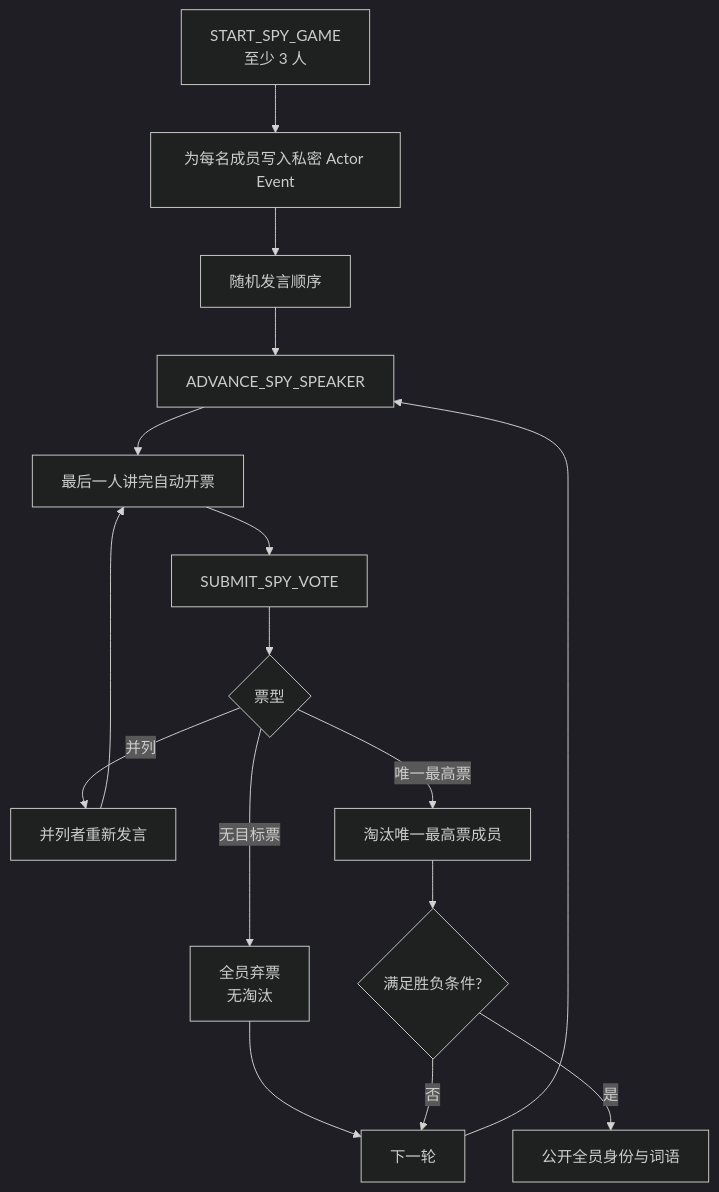
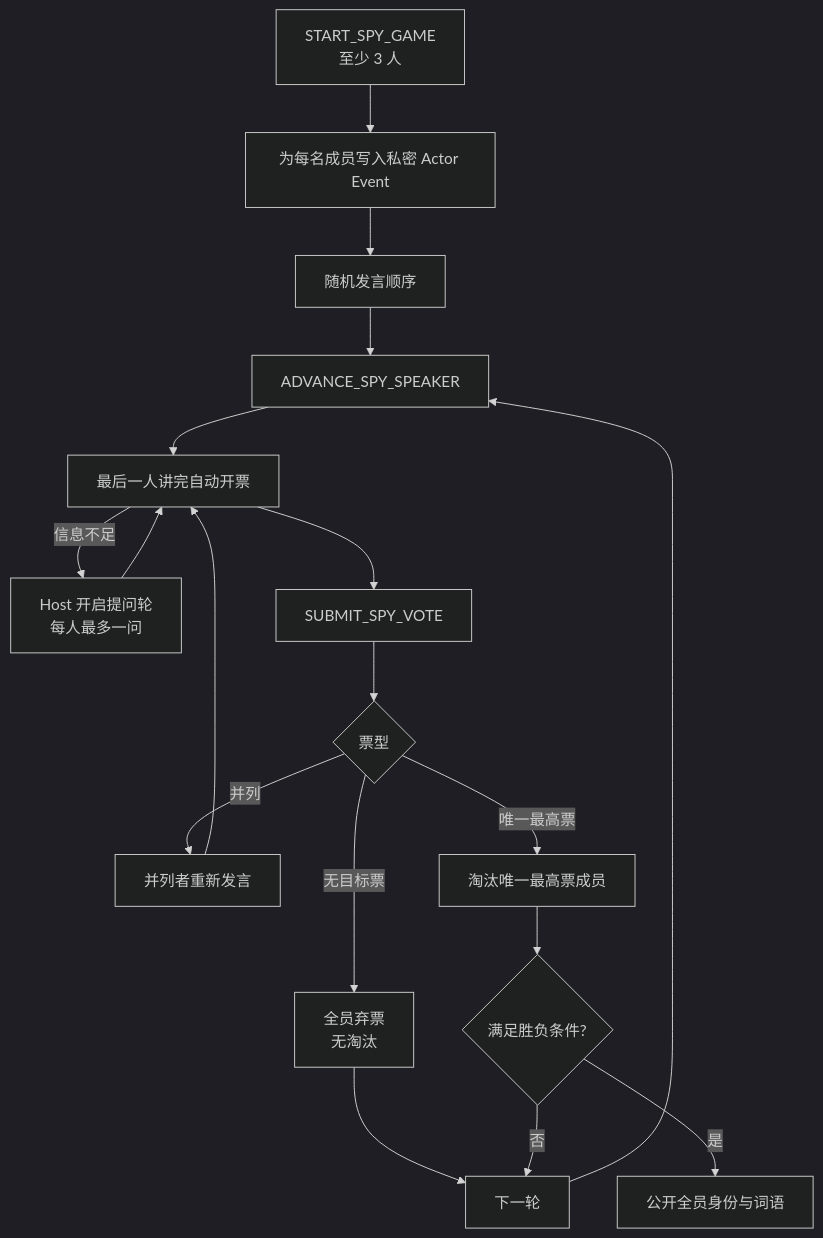
One commit to Bubble-419/cardboard-miniprogram changed diagram 15 of 19 in docs/ROOM_BUSINESS_FLOWS.md. Above: the diagram before and after it, drawn with Mermaid (dark theme). The commit also changed other lines of this file and 15 other files, not shown here.

````diff
--- a/docs/ROOM_BUSINESS_FLOWS.md
+++ b/docs/ROOM_BUSINESS_FLOWS.md
@@ -549,23 +553,25 @@
 ```mermaid
 flowchart TD
   START[START_SPY_GAME<br/>至少 3 人]
   SECRET[为每名成员写入私密 Actor Event]
   ORDER[随机发言顺序]
   SPEAK[ADVANCE_SPY_SPEAKER]
   OPEN[最后一人讲完自动开票]
+  ASK[Host 开启提问轮<br/>每人最多一问]
   SUBMIT[SUBMIT_SPY_VOTE]
   SHAPE{票型}
   TIE[并列者重新发言]
   ABSTAIN[全员弃票<br/>无淘汰]
   ELIM[淘汰唯一最高票成员]
   WIN{满足胜负条件?}
   SETTLED[公开全员身份与词语]
   NEXT[下一轮]
 
   START --> SECRET --> ORDER --> SPEAK --> OPEN --> SUBMIT --> SHAPE
+  OPEN -->|信息不足| ASK --> OPEN
   SHAPE -->|并列| TIE --> OPEN
   SHAPE -->|无目标票| ABSTAIN --> NEXT
   SHAPE -->|唯一最高票| ELIM --> WIN
   WIN -->|否| NEXT --> SPEAK
   WIN -->|是| SETTLED
 ```
````
